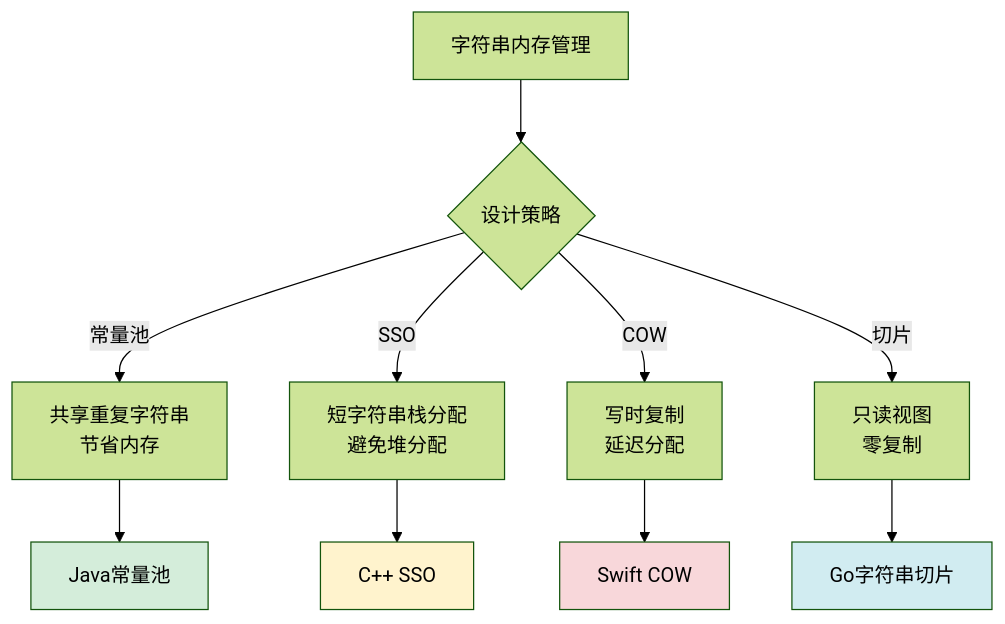
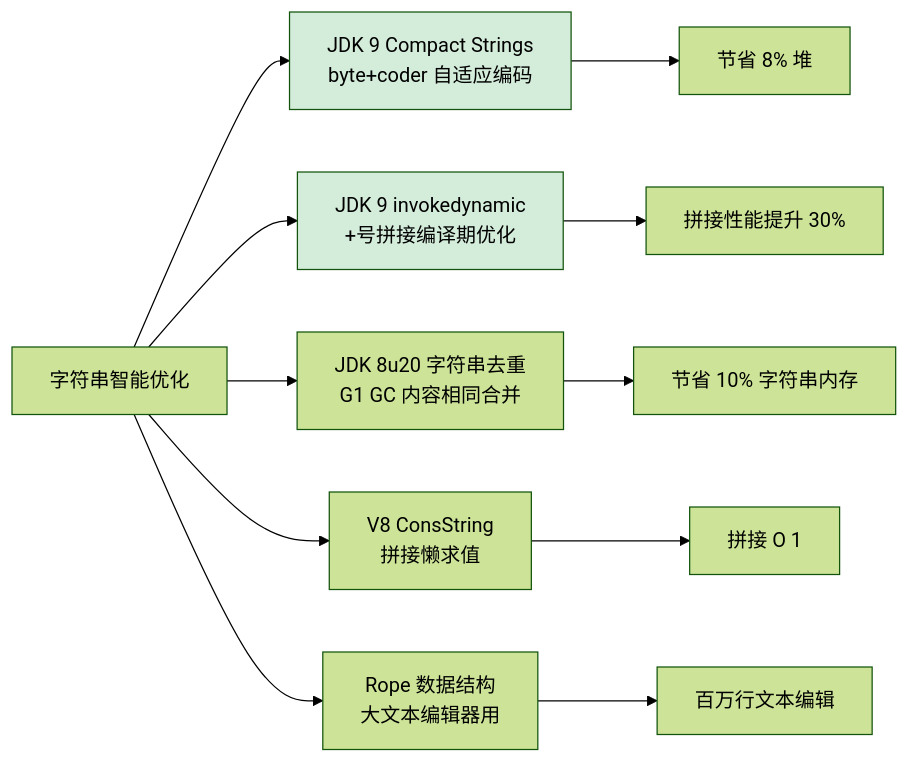
One commit to chongyang211/YCBookBlog changed the eighth of 32 diagrams in 00.通用技术的提升/02.程序编程原理/01.字符串设计的灵魂.md. Above: the diagram before and after it, drawn with Mermaid (forest theme). The commit also changed other lines of this file and 6 other files, not shown here.

````diff
--- a/00.通用技术的提升/02.程序编程原理/01.字符串设计的灵魂.md
+++ b/00.通用技术的提升/02.程序编程原理/01.字符串设计的灵魂.md
@@ -366,18 +535,17 @@
 ```mermaid
-graph TB
-    A[字符串内存管理] --> B{设计策略}
-    B -->|常量池| C[共享重复字符串<br/>节省内存]
-    B -->|SSO| D[短字符串栈分配<br/>避免堆分配]
-    B -->|COW| E[写时复制<br/>延迟分配]
-    B -->|切片| F[只读视图<br/>零复制]
-    
-    C --> G[Java常量池]
-    D --> H[C++ SSO]
-    E --> I[Swift COW]
-    F --> J[Go字符串切片]
-    
-    style G fill:#d4edda
-    style H fill:#fff3cd
-    style I fill:#f8d7da
-    style J fill:#d1ecf1
+graph LR
+    A[字符串智能优化] --> B[JDK 9 Compact Strings<br/>byte+coder 自适应编码]
+    A --> C[JDK 9 invokedynamic<br/>+号拼接编译期优化]
+    A --> D[JDK 8u20 字符串去重<br/>G1 GC 内容相同合并]
+    A --> E[V8 ConsString<br/>拼接懒求值]
+    A --> F[Rope 数据结构<br/>大文本编辑器用]
+
+    B --> B1[节省 8% 堆]
+    C --> C1[拼接性能提升 30%]
+    D --> D1[节省 10% 字符串内存]
+    E --> E1[拼接 O 1 ]
+    F --> F1[百万行文本编辑]
+
+    style B fill:#d4edda
+    style C fill:#d4edda
 ```
````
